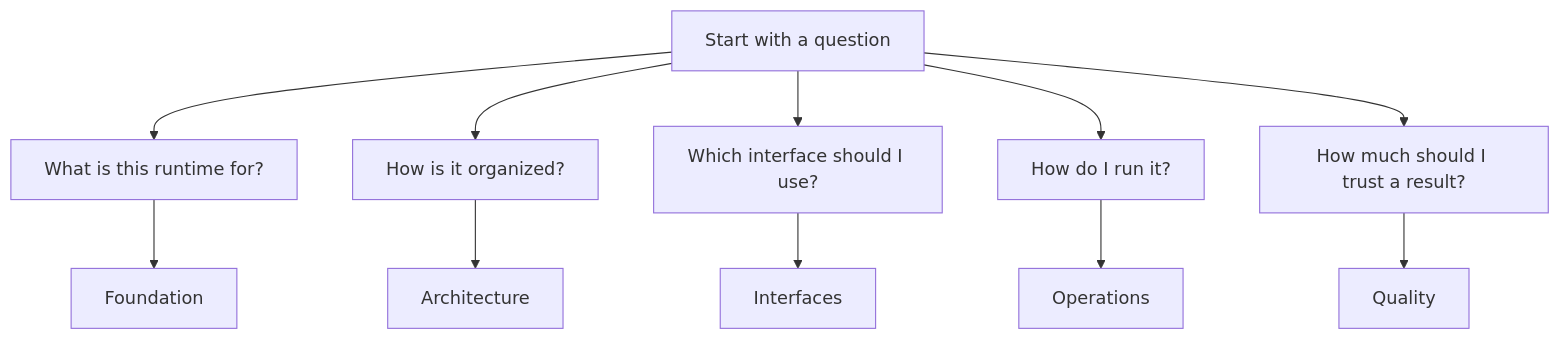
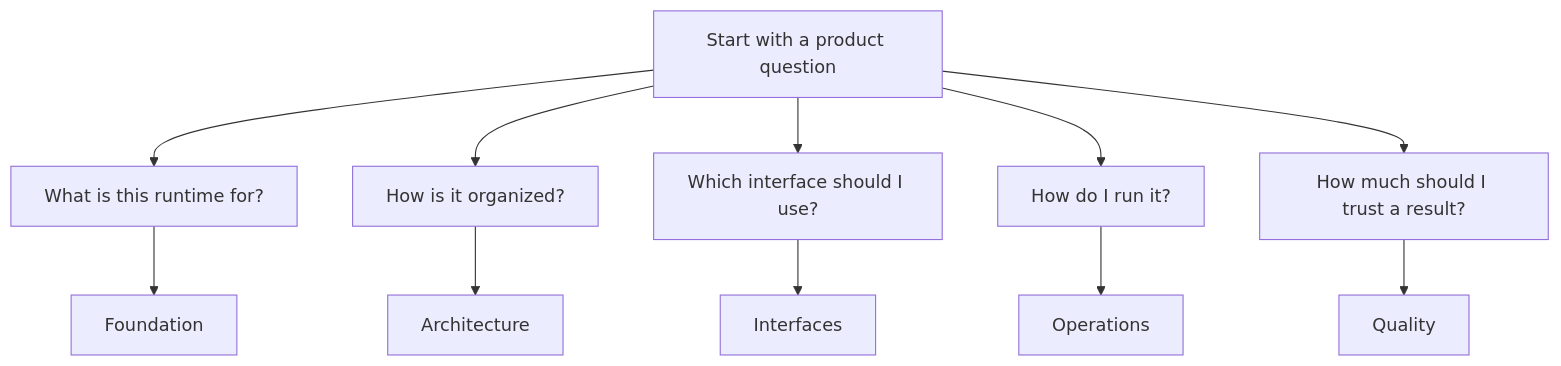
Before and after one commit to bijux/bijux-phylogenetics: the first of 2 diagrams in docs/phylogenetics/index.md, drawn with Mermaid. The commit also changed other lines of this file and 10 other files, not shown here.

````diff
--- a/docs/phylogenetics/index.md
+++ b/docs/phylogenetics/index.md
@@ -19,13 +20,13 @@
 ```mermaid
 flowchart TD
-    A[Start with a question] --> B[What is this runtime for?]
+    A[Start with a product question] --> B[What is this runtime for?]
     A --> C[How is it organized?]
     A --> D[Which interface should I use?]
     A --> E[How do I run it?]
     A --> F[How much should I trust a result?]
     B --> G[Foundation]
     C --> H[Architecture]
     D --> I[Interfaces]
     E --> J[Operations]
     F --> K[Quality]
 ```
````
